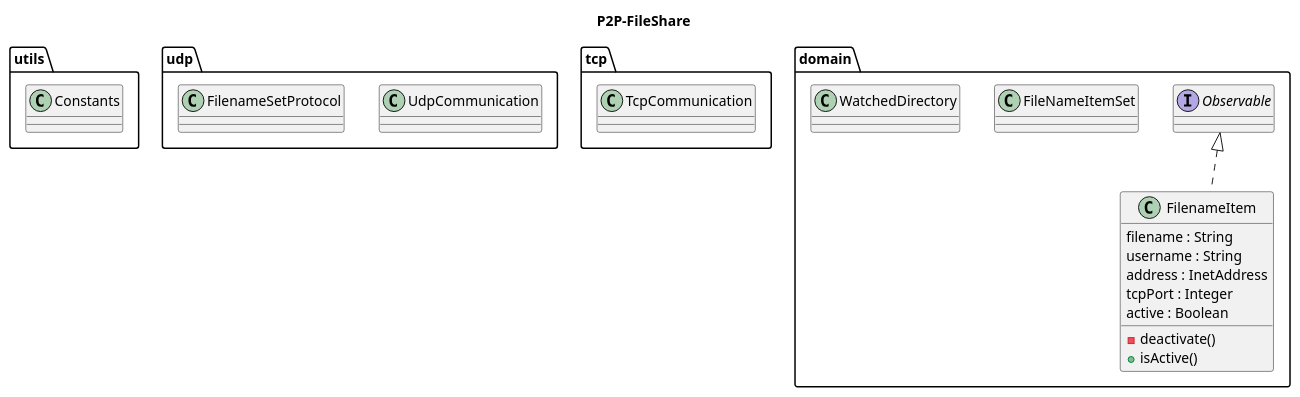
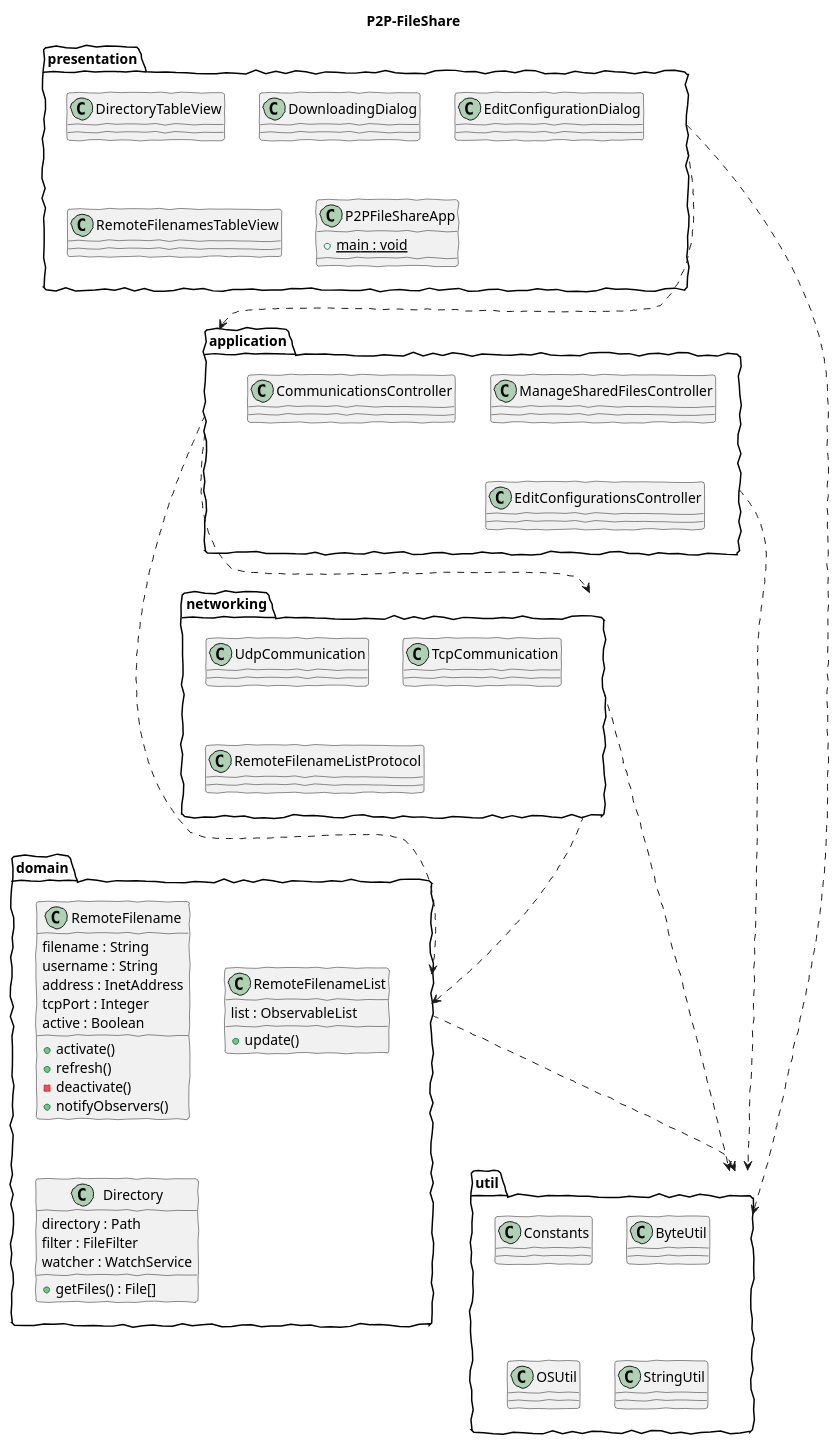
One commit to danieljfgoncalves/p2p-file-share-app changed the diagram in documentation/DomainModel.puml. Above: the diagram before and after it, drawn with PlantUML. The commit also changed other lines of this file and 15 other files, not shown here.

```diff
--- a/documentation/DomainModel.puml
+++ b/documentation/DomainModel.puml
@@ -1,36 +1,79 @@
 @startuml
+
+'http://plantuml.com/skinparam.html'
+skinparam handwritten true
+skinparam monochrome false
+skinparam defaultFontName FG Virgil
+skinparam shadowing false
+
 title P2P-FileShare
 
-package "utils" {
-    class Constants
+package "presentation" {
+
+    class DirectoryTableView
+    class DownloadingDialog
+    class EditConfigurationDialog
+    class RemoteFilenamesTableView
+    class P2PFileShareApp {
+
+        + {static} main : void
+    }
 }
 
-package "udp" {
+package "application" {
+    class ManageSharedFilesController
+    class CommunicationsController
+    class EditConfigurationsController
+}
+
+package "networking" {
 
     class UdpCommunication
-    class FilenameSetProtocol
-}
-
-package "tcp" {
-
     class TcpCommunication
+    class RemoteFilenameListProtocol
 }
 
 package "domain" {
 
-    class FilenameItem implements Observable {
-
+    class RemoteFilename {
         filename : String
         username : String
         address : InetAddress
         tcpPort : Integer
         active : Boolean
 
+        +activate()
+        +refresh()
         -deactivate()
-        +isActive()
+        +notifyObservers()
     }
-    class FileNameItemSet
-    class WatchedDirectory
+    class RemoteFilenameList {
+        list : ObservableList
+        +update()
+    }
+    class Directory {
+        directory : Path
+        filter : FileFilter
+        watcher : WatchService
+        +getFiles() : File[]
+    }
 }
 
+package "util" {
+    class Constants
+    class ByteUtil
+    class OSUtil
+    class StringUtil
+}
+
+application .> domain
+application ...> networking
+networking ...> domain
+presentation ...> application
+
+networking ..> util
+domain ..> util
+presentation ..> util
+application ..> util
+
 @enduml
```
